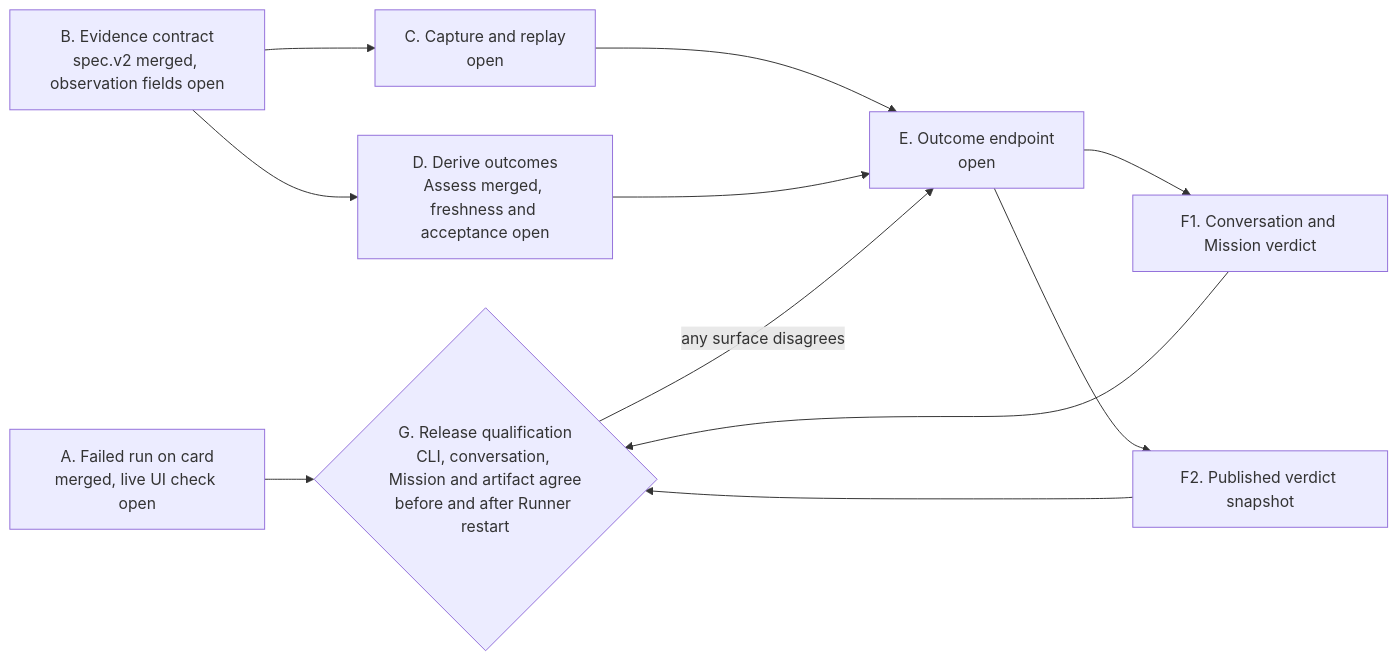
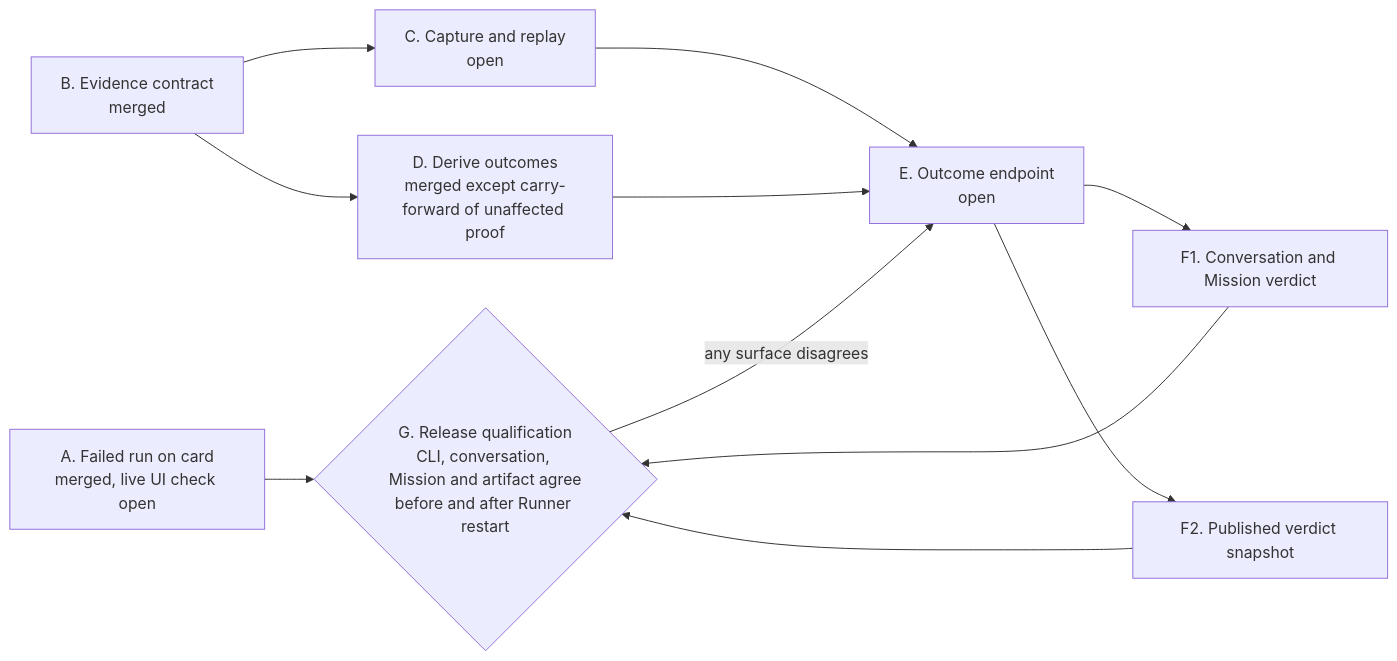
Before and after one commit to AntoineToussaint/lazybox: the diagram in audits/2026-11-22/delivery-outcomes-roadmap.md, drawn with Mermaid. The commit also changed other lines of this file and 8 other files, not shown here.

First line of the commit message:
feat(delivery): define the delivery-observation.v1 evidence contract

````diff
--- a/audits/2026-11-22/delivery-outcomes-roadmap.md
+++ b/audits/2026-11-22/delivery-outcomes-roadmap.md
@@ -24,17 +34,17 @@
 ```mermaid
 flowchart LR
   A["A. Failed run on card<br/>merged, live UI check open"]
-  B["B. Evidence contract<br/>spec.v2 merged, observation fields open"]
+  B["B. Evidence contract<br/>merged"]
   C["C. Capture and replay<br/>open"]
-  D["D. Derive outcomes<br/>Assess merged, freshness and acceptance open"]
+  D["D. Derive outcomes<br/>merged except carry-forward of unaffected proof"]
   E["E. Outcome endpoint<br/>open"]
   F1["F1. Conversation and Mission verdict"]
   F2["F2. Published verdict snapshot"]
   G{"G. Release qualification<br/>CLI, conversation, Mission and artifact agree<br/>before and after Runner restart"}
   B --> C --> E
   B --> D --> E
   E --> F1 --> G
   E --> F2 --> G
   A --> G
   G -- "any surface disagrees" --> E
 ```
````
